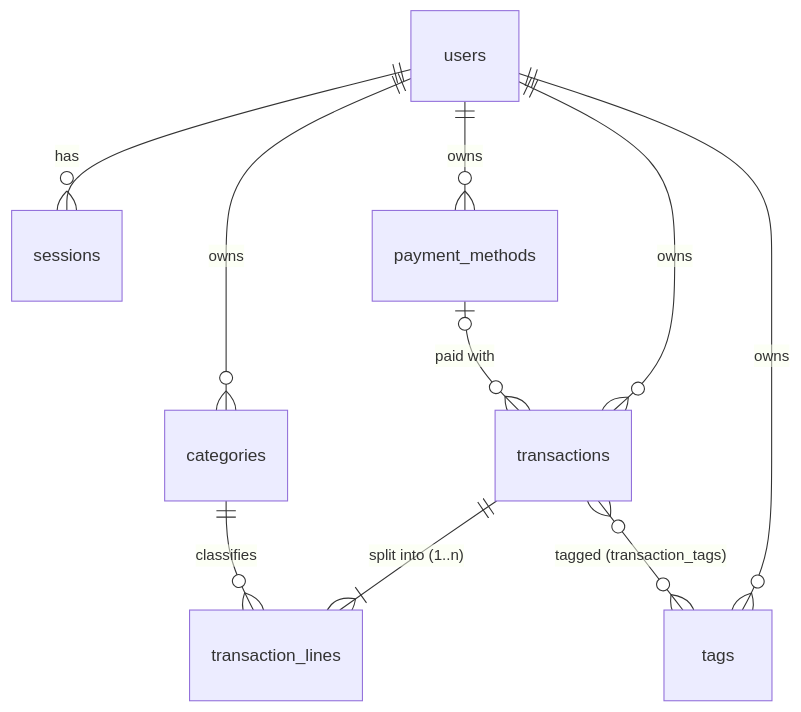
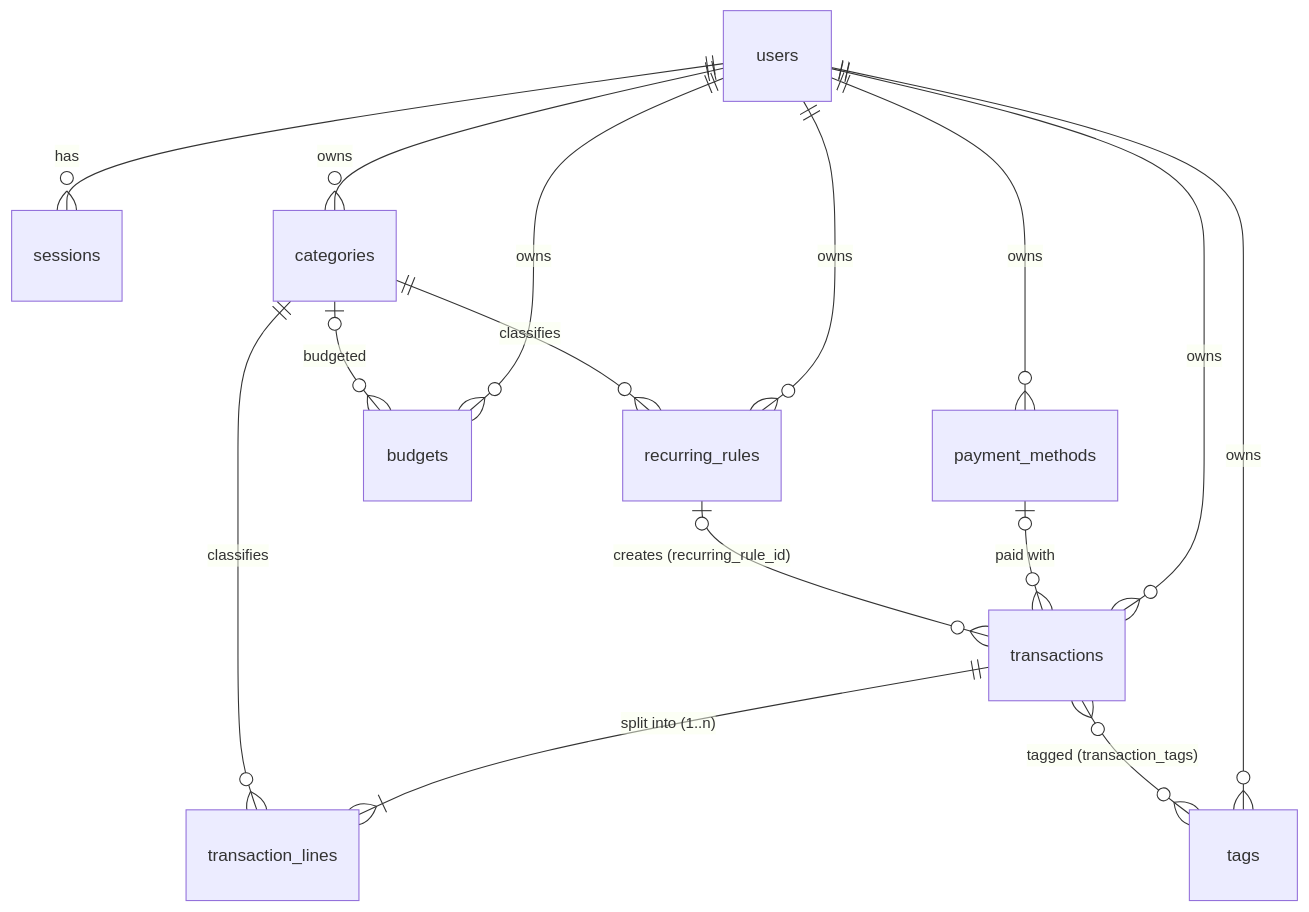
Before and after one commit to monjurul0007/kori: the second of 2 diagrams in docs/architecture.md, drawn with Mermaid. The commit also changed other lines of this file and 11 other files, not shown here.

First line of the commit message:
docs: README screenshots and GIF, roadmap and v0.2.0 changelog

````diff
--- a/docs/architecture.md
+++ b/docs/architecture.md
@@ -69,12 +69,17 @@
 ```mermaid
 erDiagram
   users ||--o{ sessions : has
   users ||--o{ categories : owns
   users ||--o{ payment_methods : owns
   users ||--o{ tags : owns
   users ||--o{ transactions : owns
   transactions ||--|{ transaction_lines : "split into (1..n)"
   categories ||--o{ transaction_lines : classifies
   payment_methods |o--o{ transactions : "paid with"
   transactions }o--o{ tags : "tagged (transaction_tags)"
+  users ||--o{ budgets : owns
+  categories |o--o{ budgets : "budgeted"
+  users ||--o{ recurring_rules : owns
+  categories ||--o{ recurring_rules : classifies
+  recurring_rules |o--o{ transactions : "creates (recurring_rule_id)"
 ```
````
